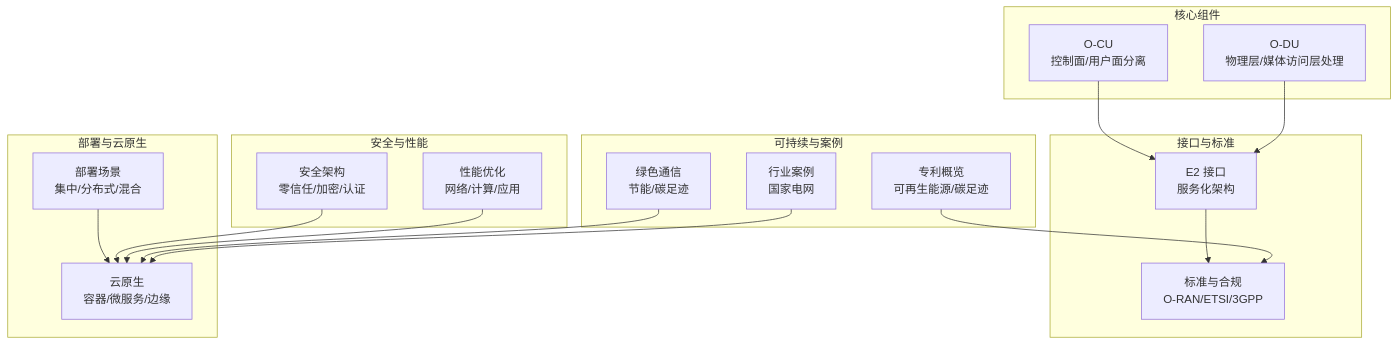
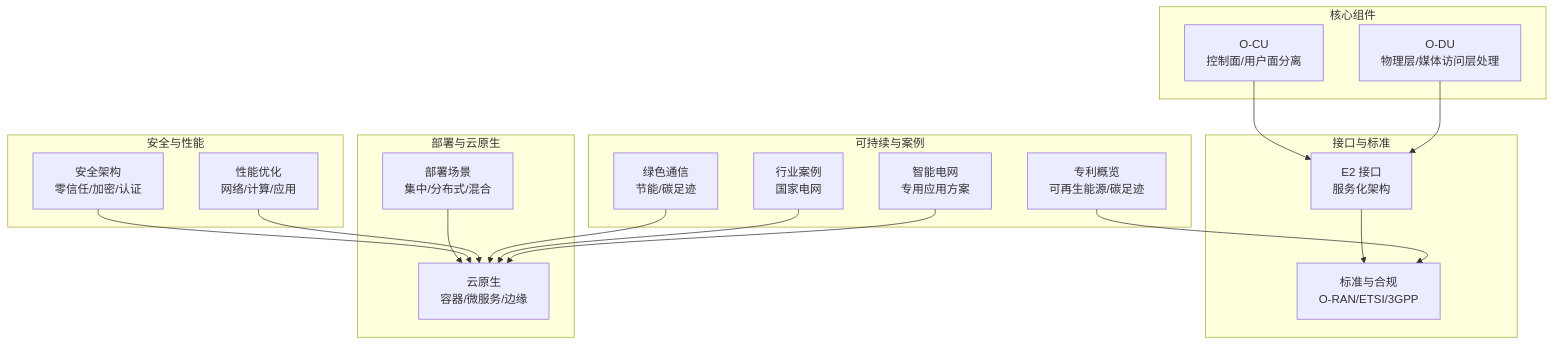
One commit to allengaller/oran-database changed the first of 6 diagrams in .qoder/repowiki/zh/content/行业解决方案/能源行业解决方案.md. Above: the diagram before and after it, drawn with Mermaid. The commit also changed other lines of this file and 32 other files, not shown here.

````diff
--- a/.qoder/repowiki/zh/content/行业解决方案/能源行业解决方案.md
+++ b/.qoder/repowiki/zh/content/行业解决方案/能源行业解决方案.md
@@ -46,33 +58,35 @@
 ```mermaid
 graph TB
 subgraph "核心组件"
 CU["O-CU<br/>控制面/用户面分离"]
 DU["O-DU<br/>物理层/媒体访问层处理"]
 end
 subgraph "接口与标准"
 E2["E2 接口<br/>服务化架构"]
 ST["标准与合规<br/>O-RAN/ETSI/3GPP"]
 end
 subgraph "部署与云原生"
 DS["部署场景<br/>集中/分布式/混合"]
 CN["云原生<br/>容器/微服务/边缘"]
 end
 subgraph "安全与性能"
 SA["安全架构<br/>零信任/加密/认证"]
 PO["性能优化<br/>网络/计算/应用"]
 end
 subgraph "可持续与案例"
 SD["绿色通信<br/>节能/碳足迹"]
 IC["行业案例<br/>国家电网"]
 PT["专利概览<br/>可再生能源/碳足迹"]
+SG["智能电网<br/>专用应用方案"]
 end
 CU --> E2
 DU --> E2
 E2 --> ST
 DS --> CN
 SA --> CN
 PO --> CN
 SD --> CN
 IC --> CN
 PT --> ST
+SG --> CN
 ```
````
